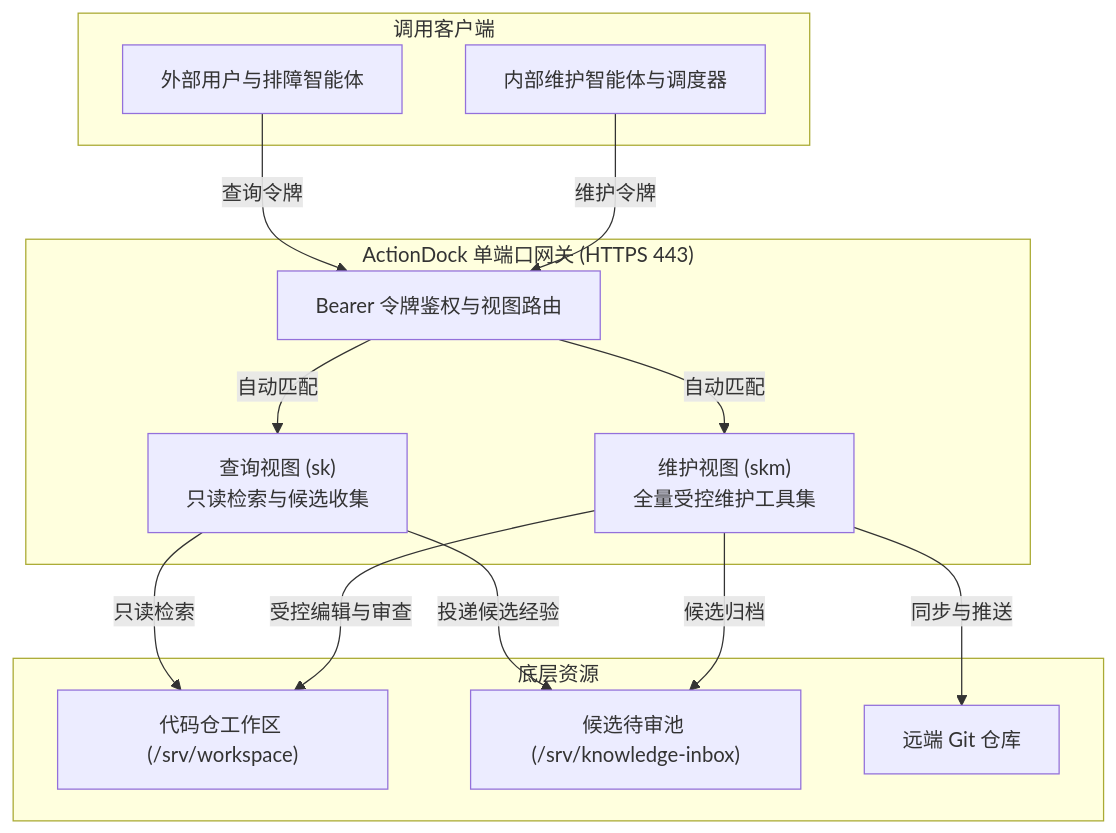
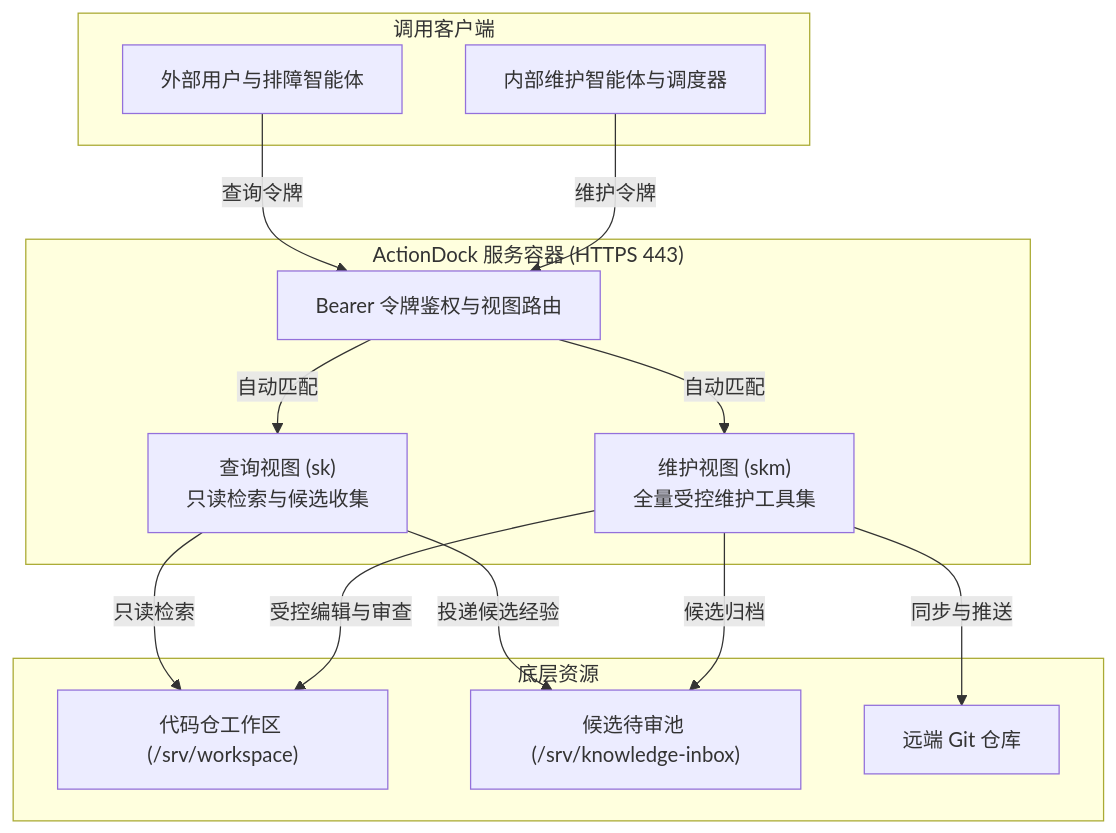
One commit to fjay/actiondock-workspace changed the first of 2 diagrams in docs/design.md. Above: the diagram before and after it, drawn with Mermaid. The commit also changed 1 other file, not shown here.

Commit message:
docs: clean up whitelist and gateway references in design and agent guides

````diff
--- a/docs/design.md
+++ b/docs/design.md
@@ -47,30 +47,30 @@
 ```mermaid
 flowchart TD
     subgraph Clients["调用客户端"]
         C1["外部用户与排障智能体"]
         C2["内部维护智能体与调度器"]
     end
 
-    subgraph Gateway["ActionDock 单端口网关 (HTTPS 443)"]
+    subgraph Service["ActionDock 服务容器 (HTTPS 443)"]
         Router["Bearer 令牌鉴权与视图路由"]
         V1["查询视图 (sk)<br/>只读检索与候选收集"]
         V2["维护视图 (skm)<br/>全量受控维护工具集"]
     end
 
     subgraph Targets["底层资源"]
         W["代码仓工作区 (/srv/workspace)"]
         I["候选待审池 (/srv/knowledge-inbox)"]
         G["远端 Git 仓库"]
     end
 
     C1 -->|"查询令牌"| Router
     C2 -->|"维护令牌"| Router
     Router -->|"自动匹配"| V1
     Router -->|"自动匹配"| V2
 
     V1 -->|"只读检索"| W
     V1 -->|"投递候选经验"| I
     V2 -->|"受控编辑与审查"| W
     V2 -->|"候选归档"| I
     V2 -->|"同步与推送"| G
 ```
````
